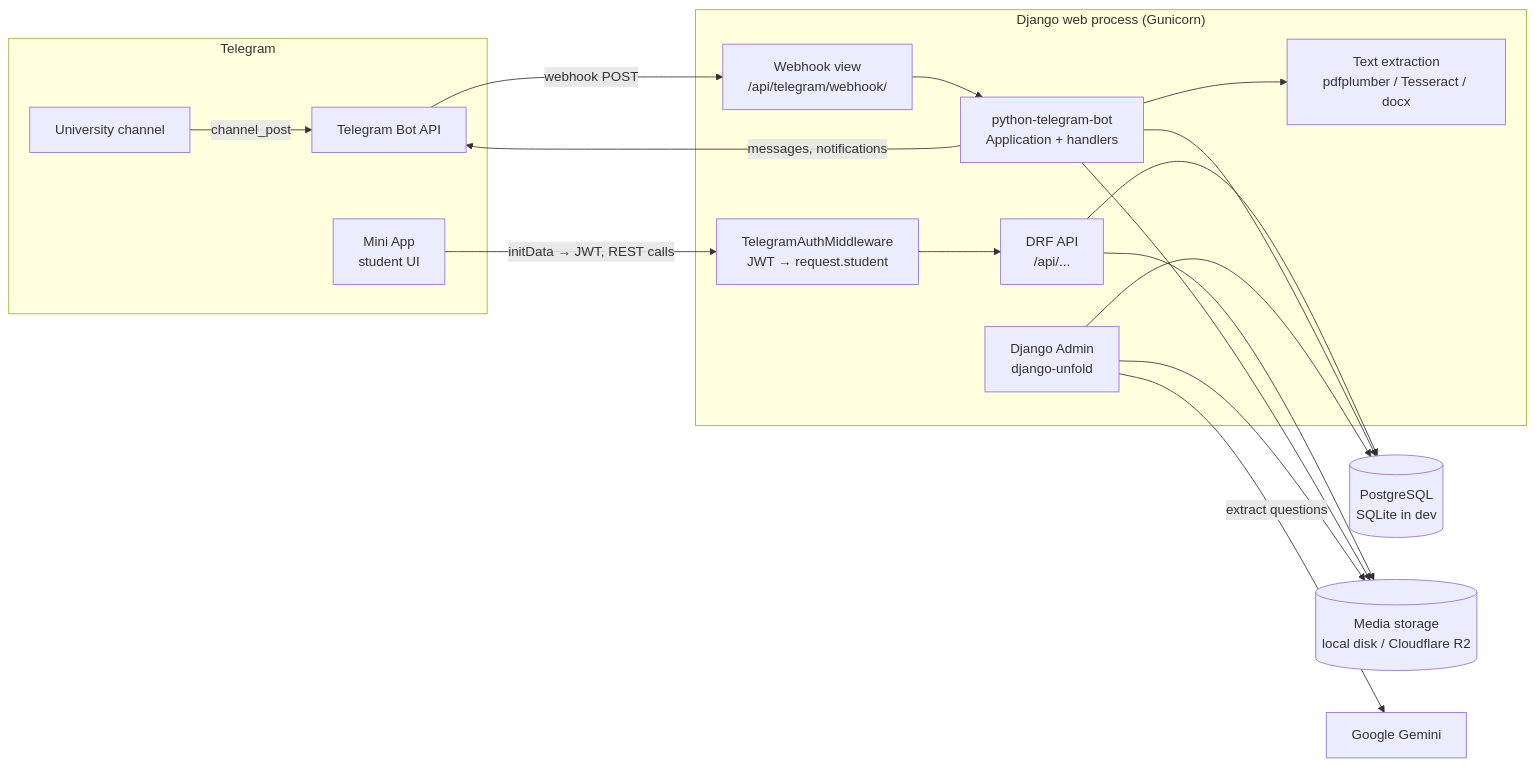
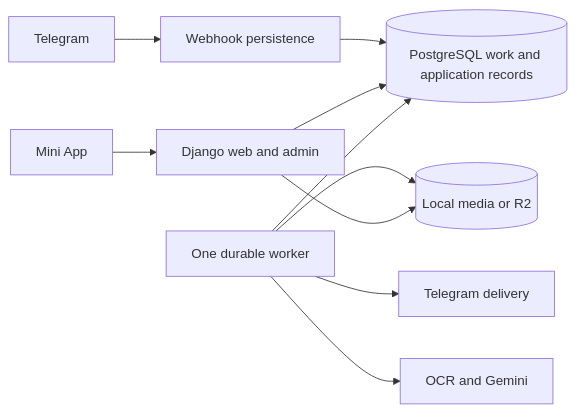
Before and after one commit to yirubal/uniportal-backend: the first of 5 diagrams in docs/ARCHITECTURE.md, drawn with Mermaid. The commit also changed other lines of this file and 51 other files, not shown here.

Commit message:
refactor: transition notification delivery and queue management to dedicated background worker tasks

````diff
--- a/docs/ARCHITECTURE.md
+++ b/docs/ARCHITECTURE.md
@@ -11,34 +11,12 @@
 ```mermaid
 flowchart LR
-    subgraph Telegram
-        MA[Mini App<br/>student UI]
-        TG[Telegram Bot API]
-        CH[University channel]
-    end
-
-    subgraph Backend["Django web process (Gunicorn)"]
-        MW[TelegramAuthMiddleware<br/>JWT → request.student]
-        API[DRF API<br/>/api/...]
-        WH[Webhook view<br/>/api/telegram/webhook/]
-        BOT[python-telegram-bot<br/>Application + handlers]
-        ADM[Django Admin<br/>django-unfold]
-        PROC[Text extraction<br/>pdfplumber / Tesseract / docx]
-    end
-
-    DB[(PostgreSQL<br/>SQLite in dev)]
-    FS[(Media storage<br/>local disk / Cloudflare R2)]
-    AI[Google Gemini]
-
-    MA -- "initData → JWT, REST calls" --> MW --> API
-    CH -- channel_post --> TG
-    TG -- "webhook POST" --> WH --> BOT
-    BOT -- "messages, notifications" --> TG
-    BOT --> PROC
-    API --> DB
-    API --> FS
-    BOT --> DB
-    BOT --> FS
-    ADM --> DB
-    ADM --> FS
-    ADM -- "extract questions" --> AI
+    MA[Mini App] --> WEB[Django web and admin]
+    TG[Telegram] --> WH[Webhook persistence]
+    WH --> DB[(PostgreSQL work and application records)]
+    WEB --> DB
+    W[One durable worker] --> DB
+    W --> T[Telegram delivery]
+    W --> E[OCR and Gemini]
+    W --> R[(Local media or R2)]
+    WEB --> R
 ```
````
